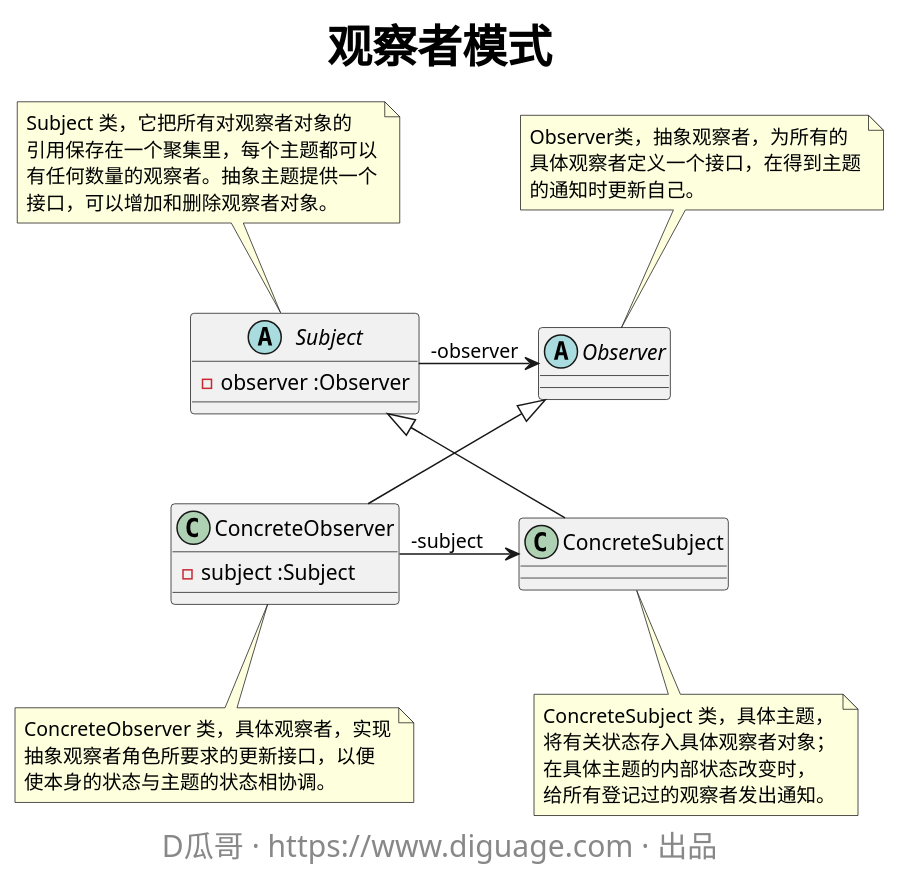
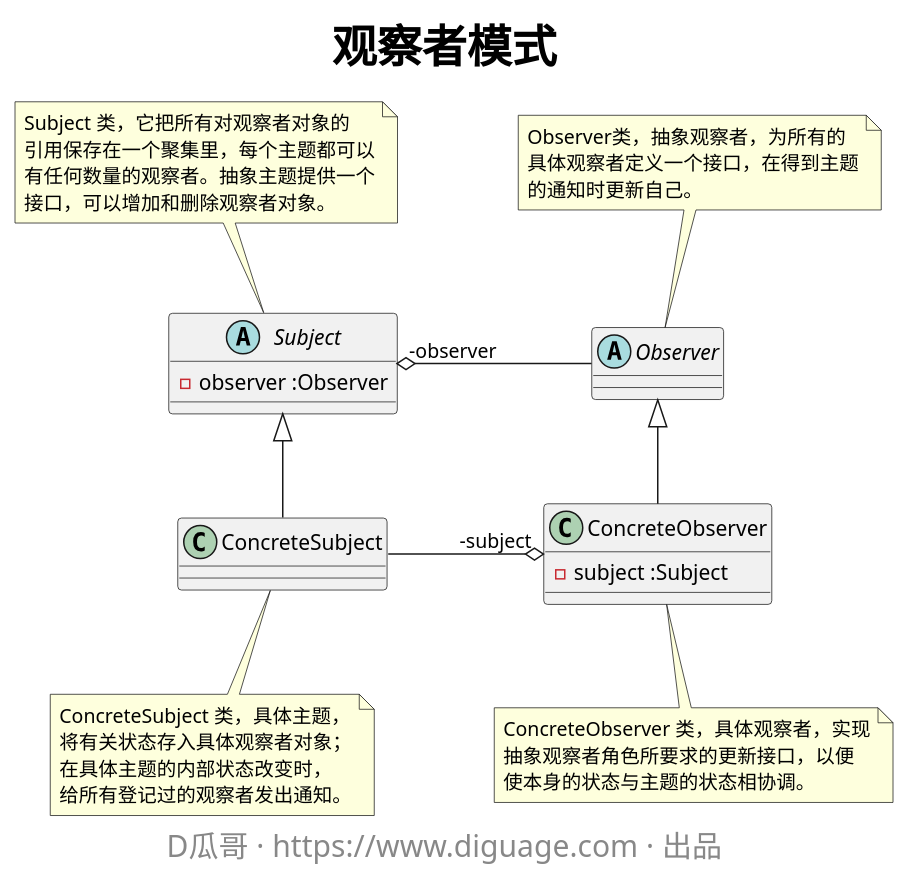
The diagram in docs/assets/diagrams/observer.puml (diguage/yongle), drawn with PlantUML before and after one commit. The commit also changed 1 other file, not shown here.

```diff
--- a/docs/assets/diagrams/observer.puml
+++ b/docs/assets/diagrams/observer.puml
@@ -1,33 +1,33 @@
 @startuml
 skinparam nodesep 80
 skinparam titleFontSize 30
 title "**<b>观察者模式</b>**"
 
 abstract class Subject {
   - observer :Observer
 }
 note top: Subject 类，它把所有对观察者对象的\n引用保存在一个聚集里，每个主题都可以\n有任何数量的观察者。抽象主题提供一个\n接口，可以增加和删除观察者对象。
 
-class ConcreteSubject {
-}
-note bottom: ConcreteSubject 类，具体主题，\n将有关状态存入具体观察者对象；\n在具体主题的内部状态改变时，\n给所有登记过的观察者发出通知。
-
 abstract class Observer {
 }
 note top: Observer类，抽象观察者，为所有的\n具体观察者定义一个接口，在得到主题\n的通知时更新自己。
 
 class ConcreteObserver {
   - subject :Subject
 }
 note bottom: ConcreteObserver 类，具体观察者，实现\n抽象观察者角色所要求的更新接口，以便\n使本身的状态与主题的状态相协调。
 
-Subject "-observer" -right-> Observer
+class ConcreteSubject {
+}
+note bottom: ConcreteSubject 类，具体主题，\n将有关状态存入具体观察者对象；\n在具体主题的内部状态改变时，\n给所有登记过的观察者发出通知。
 
+Subject "-observer" o-right- Observer
+
+Subject  <|-- ConcreteSubject
 Observer <|-- ConcreteObserver
-Subject  <|-- ConcreteSubject
 
-ConcreteSubject  <-left- "-subject" ConcreteObserver
+ConcreteObserver "-subject" o-left- ConcreteSubject
 
 skinparam footerFontSize 20
 footer D瓜哥 · https://www.diguage.com · 出品
 @enduml
```
